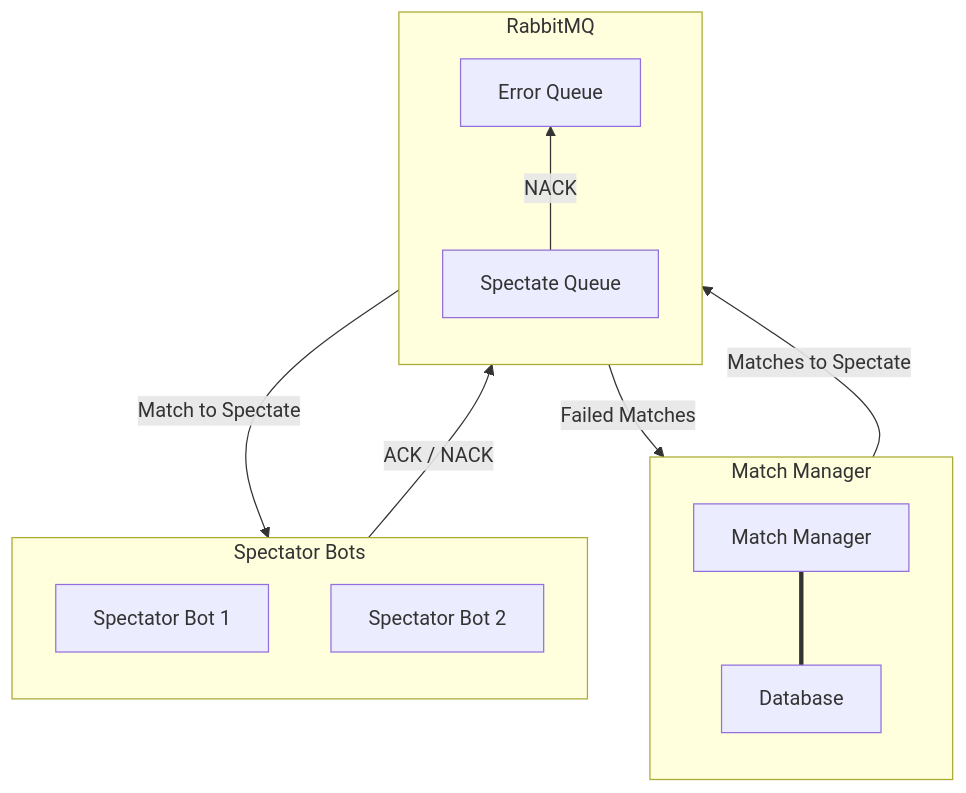
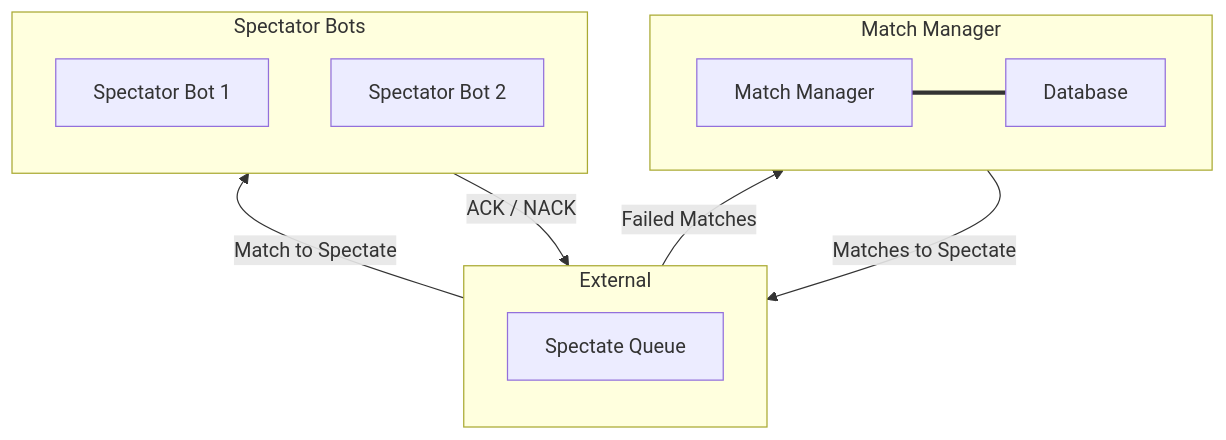
Before and after one commit to OpenSource-Deadlock-Tools/DevLock-Documents: the second of 3 diagrams in SoftwareArchitecture.md, drawn with Mermaid. The commit also changed other lines of this file, not shown here.

Commit message:
Update HLTV-Spectator Chart

````diff
--- a/SoftwareArchitecture.md
+++ b/SoftwareArchitecture.md
@@ -66,27 +66,25 @@
 ```mermaid
-flowchart TB
+flowchart BT
     subgraph M["Match Manager"]
-        direction TB
+        direction LR
         DB["Database"]
         MM["Match Manager"]
         MM === DB
     end
 
     subgraph SB["Spectator Bots"]
         direction TB
         SB1["Spectator Bot 1"]
         SB2["Spectator Bot 2"]
     end
 
-    subgraph RMQ["RabbitMQ"]
+    subgraph E["External"]
         direction BT
-        EQ["Error Queue"]
         SQ["Spectate Queue"]
-        SQ -- NACK --> EQ
     end
 
-    M -- Matches to Spectate --> RMQ
-    RMQ -- Match to Spectate --> SB
-    SB -- ACK / NACK --> RMQ
-    RMQ -- Failed Matches --> M
+    M -- Matches to Spectate --> SQ
+    SQ -- Match to Spectate --> SB
+    SB -- ACK / NACK --> SQ
+    SQ -- Failed Matches --> M
 ```
````
